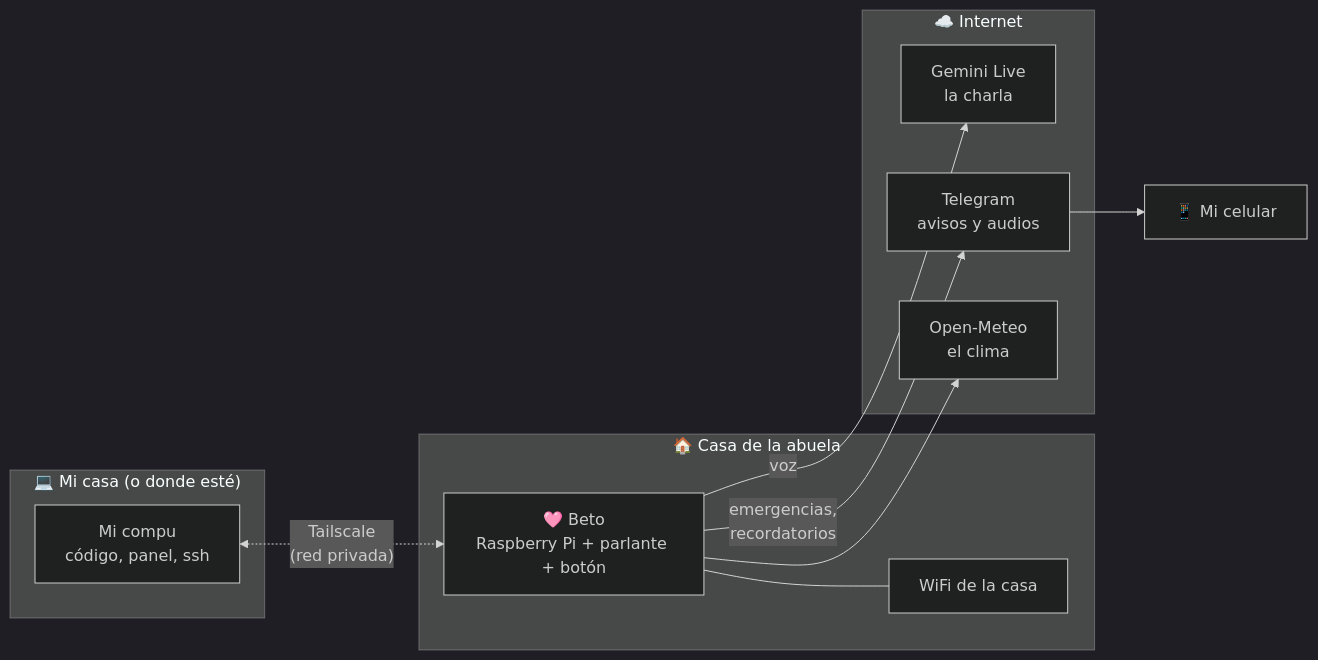
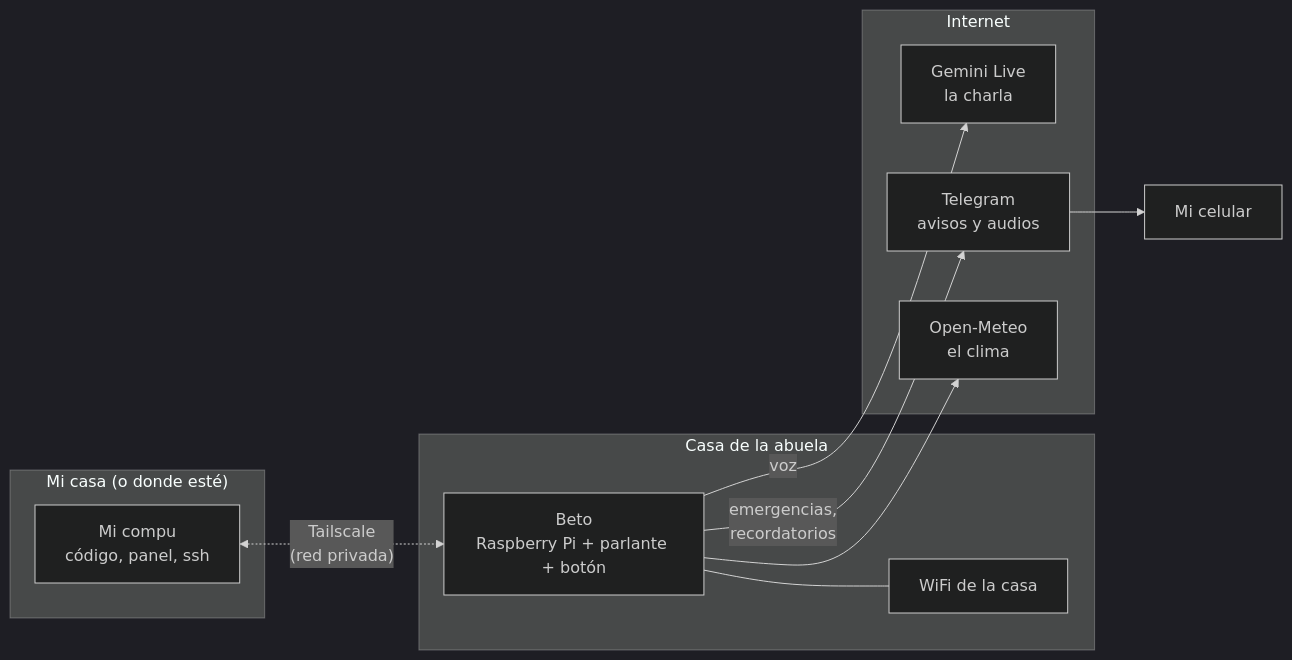
One commit to AnaPaulaMach/asistente-para-abuela changed the diagram in README.md. Above: the diagram before and after it, drawn with Mermaid (dark theme). The commit also changed other lines of this file and 10 other files, not shown here.

````diff
--- a/README.md
+++ b/README.md
@@ -40,23 +41,23 @@
 ```mermaid
 flowchart LR
-    subgraph casa_abuela["🏠 Casa de la abuela"]
-        beto["🩷 Beto<br/>Raspberry Pi + parlante + botón"]
+    subgraph casa_abuela["Casa de la abuela"]
+        beto["Beto<br/>Raspberry Pi + parlante + botón"]
         wifi1["WiFi de la casa"]
         beto --- wifi1
     end
-    subgraph mi_casa["💻 Mi casa (o donde esté)"]
+    subgraph mi_casa["Mi casa (o donde esté)"]
         compu["Mi compu<br/>código, panel, ssh"]
     end
-    subgraph nube["☁️ Internet"]
+    subgraph nube["Internet"]
         gemini["Gemini Live<br/>la charla"]
         telegram["Telegram<br/>avisos y audios"]
         clima["Open-Meteo<br/>el clima"]
     end
-    celu["📱 Mi celular"]
+    celu["Mi celular"]
 
     compu <-. "Tailscale<br/>(red privada)" .-> beto
     beto -- "voz" --> gemini
     beto -- "emergencias,<br/>recordatorios" --> telegram
     beto --> clima
     telegram --> celu
 ```
````
